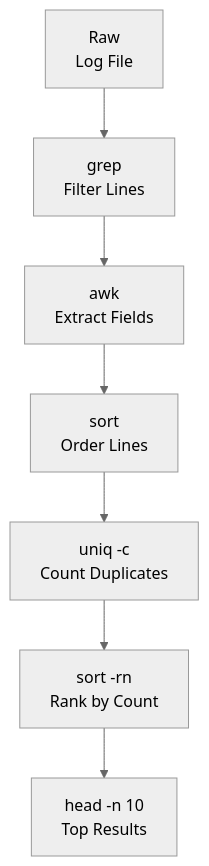
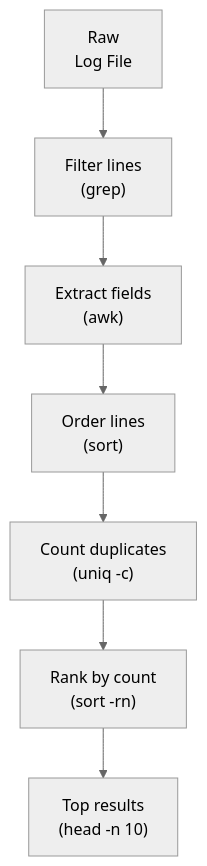
One commit to senlinyy/dev-roadmaps changed the diagram in devops-foundation/linux/linux-basics/text-processing.md. Above: the diagram before and after it, drawn with Mermaid (neutral theme). The commit also changed 89 other files, not shown here.

````diff
--- a/devops-foundation/linux/linux-basics/text-processing.md
+++ b/devops-foundation/linux/linux-basics/text-processing.md
@@ -475,9 +475,9 @@
 ```mermaid
 graph TD
-    A["Raw\nLog File"] --> B["grep\nFilter Lines"]
-    B --> C["awk\nExtract Fields"]
-    C --> D["sort\nOrder Lines"]
-    D --> E["uniq -c\nCount Duplicates"]
-    E --> F["sort -rn\nRank by Count"]
-    F --> G["head -n 10\nTop Results"]
+    A["Raw\nLog File"] --> B["Filter lines<br/>(grep)"]
+    B --> C["Extract fields<br/>(awk)"]
+    C --> D["Order lines<br/>(sort)"]
+    D --> E["Count duplicates<br/>(uniq -c)"]
+    E --> F["Rank by count<br/>(sort -rn)"]
+    F --> G["Top results<br/>(head -n 10)"]
 ```
````
